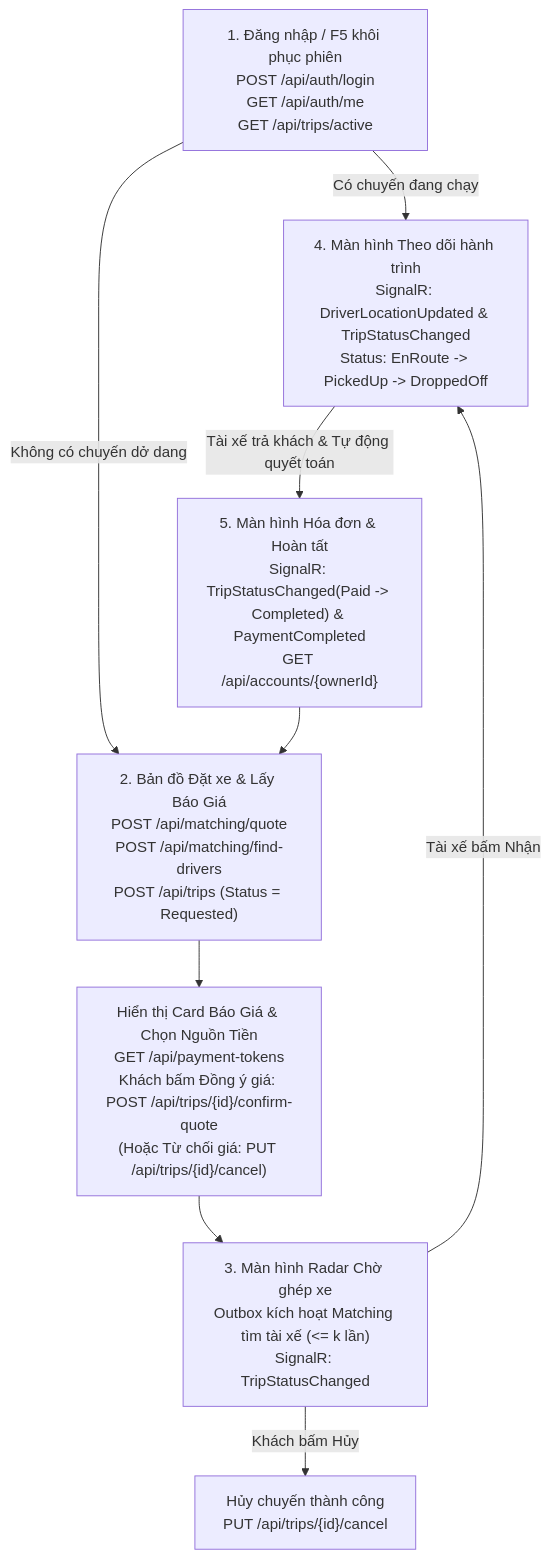
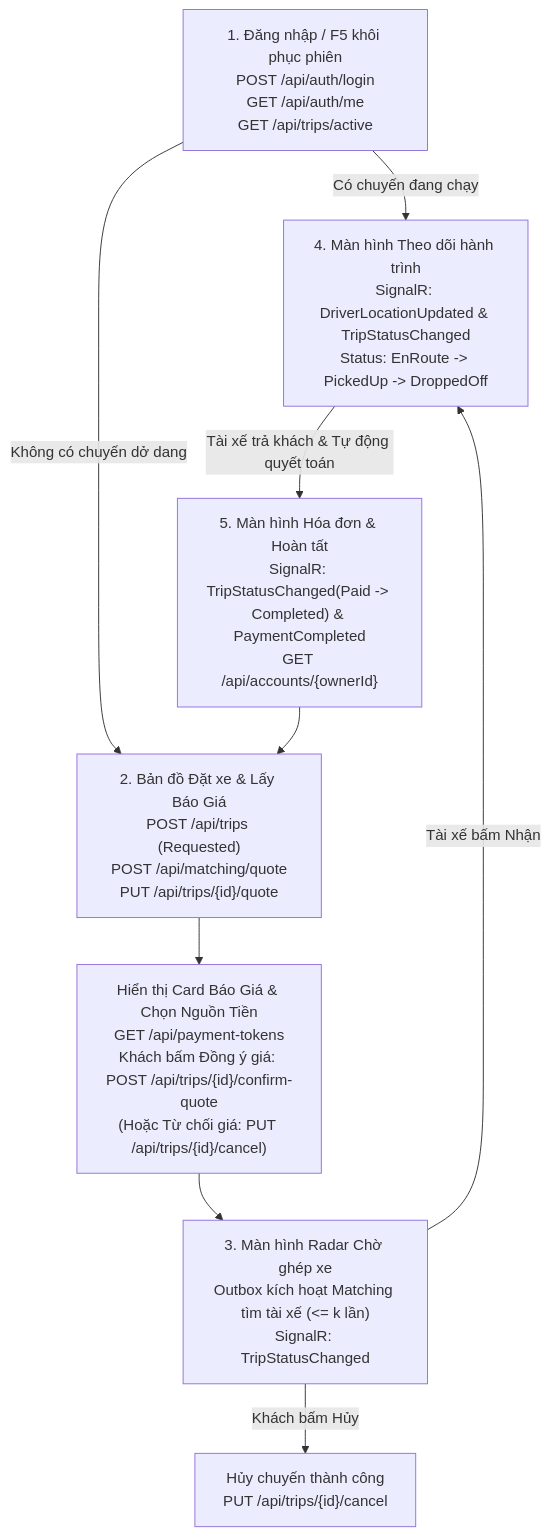
The second of 3 diagrams in docs/api_contract_and_fe_integration.md (phwkha/SwiftRide), drawn with Mermaid before and after one commit. The commit also changed other lines of this file and 45 other files, not shown here.

````diff
--- a/docs/api_contract_and_fe_integration.md
+++ b/docs/api_contract_and_fe_integration.md
@@ -448,13 +453,13 @@
 ```mermaid
 flowchart TD
     Login["1. Đăng nhập / F5 khôi phục phiên<br/>POST /api/auth/login<br/>GET /api/auth/me<br/>GET /api/trips/active"] -->|Có chuyến đang chạy| ActiveTrip["4. Màn hình Theo dõi hành trình<br/>SignalR: DriverLocationUpdated & TripStatusChanged<br/>Status: EnRoute -> PickedUp -> DroppedOff"]
-    Login -->|Không có chuyến dở dang| Home["2. Bản đồ Đặt xe & Lấy Báo Giá<br/>POST /api/matching/quote<br/>POST /api/matching/find-drivers<br/>POST /api/trips (Status = Requested)"]
+    Login -->|Không có chuyến dở dang| Home["2. Bản đồ Đặt xe & Lấy Báo Giá<br/>POST /api/trips (Requested)<br/>POST /api/matching/quote<br/>PUT /api/trips/{id}/quote"]
 
     Home --> Confirm["Hiển thị Card Báo Giá & Chọn Nguồn Tiền<br/>GET /api/payment-tokens<br/>Khách bấm Đồng ý giá: POST /api/trips/{id}/confirm-quote<br/>(Hoặc Từ chối giá: PUT /api/trips/{id}/cancel)"]
     Confirm --> Waiting["3. Màn hình Radar Chờ ghép xe<br/>Outbox kích hoạt Matching tìm tài xế (<= k lần)<br/>SignalR: TripStatusChanged"]
 
     Waiting -->|Khách bấm Hủy| Cancelled["Hủy chuyến thành công<br/>PUT /api/trips/{id}/cancel"]
     Waiting -->|Tài xế bấm Nhận| ActiveTrip
     ActiveTrip -->|Tài xế trả khách & Tự động quyết toán| Receipt["5. Màn hình Hóa đơn & Hoàn tất<br/>SignalR: TripStatusChanged(Paid -> Completed) & PaymentCompleted<br/>GET /api/accounts/{ownerId}"]
     Receipt --> Home
 ```
````
